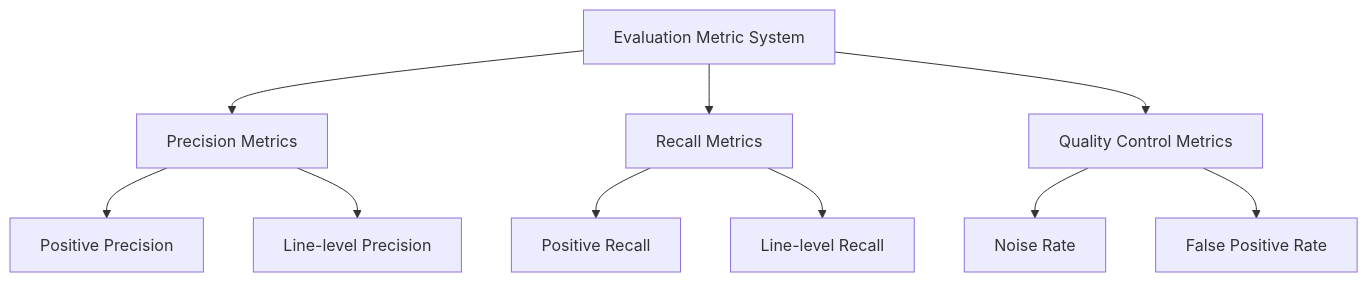
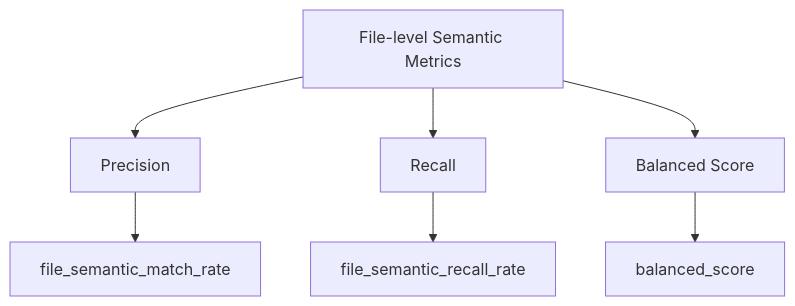
Before and after one commit to alibaba/aacr-bench: the diagram in docs/metrics.md, drawn with Mermaid. The commit also changed other lines of this file and 3 other files, not shown here.

Commit message:
docs: document file-level metrics and migration rationale

````diff
--- a/docs/metrics.md
+++ b/docs/metrics.md
@@ -6,13 +9,10 @@
 ```mermaid
 graph TD
-    A[Evaluation Metric System] --> B[Precision Metrics]
-    A --> C[Recall Metrics]
-    A --> D[Quality Control Metrics]
-    
-    B --> B1[Positive Precision]
-    B --> B2[Line-level Precision]
-    C --> C1[Positive Recall]
-    C --> C2[Line-level Recall]
-    D --> D1[Noise Rate]
-    D --> D2[False Positive Rate]
+    A[File-level Semantic Metrics] --> B[Precision]
+    A --> C[Recall]
+    A --> D[Balanced Score]
+
+    B --> B1[file_semantic_match_rate]
+    C --> C1[file_semantic_recall_rate]
+    D --> D1[balanced_score]
 ```
````
